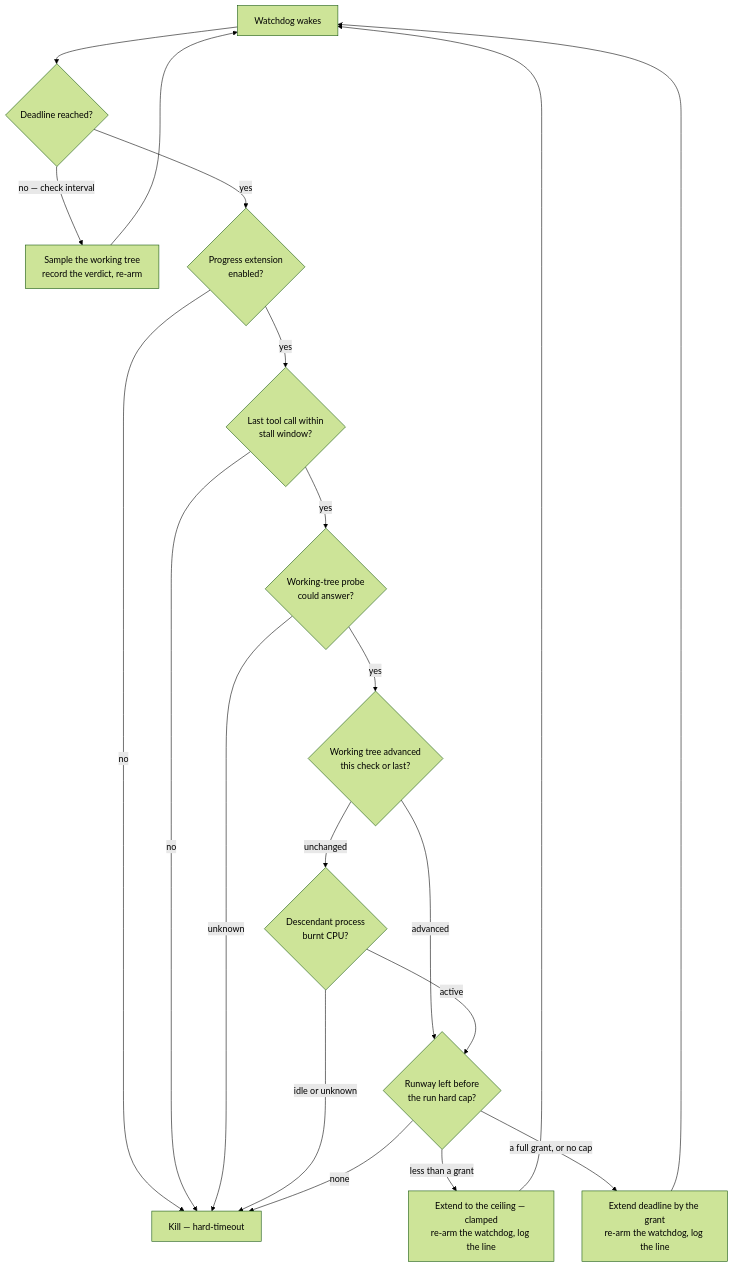
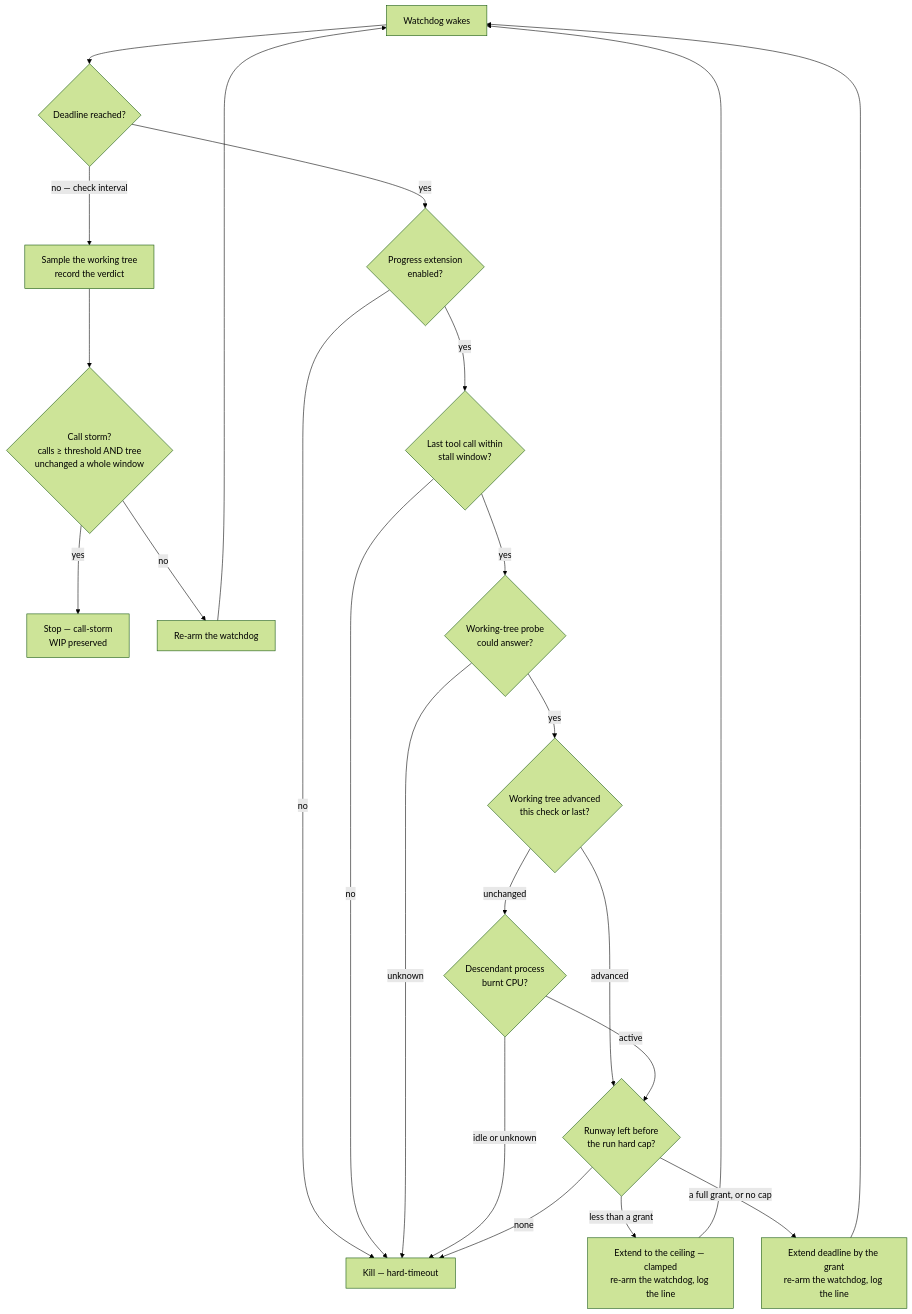
Diagram 13 of 22 in docs/CONFIGURATION.md (stSoftwareAU/VibeCoder), drawn with Mermaid (forest theme) before and after one commit. The commit also changed other lines of this file and 14 other files, not shown here.

First line of the commit message:
Stop a call storm that advances nothing (#2230)

````diff
--- a/docs/CONFIGURATION.md
+++ b/docs/CONFIGURATION.md
@@ -2315,22 +2318,25 @@
 ```mermaid
 flowchart TD
     W[Watchdog wakes] --> I{Deadline reached?}
-    I -->|no — check interval| S[Sample the working tree<br/>record the verdict, re-arm]
-    S --> W
+    I -->|no — check interval| S[Sample the working tree<br/>record the verdict]
+    S --> P{Call storm?<br/>calls ≥ threshold AND tree<br/>unchanged a whole window}
+    P -->|yes| KS[Stop — call-storm<br/>WIP preserved]
+    P -->|no| RA[Re-arm the watchdog]
+    RA --> W
     I -->|yes| B{Progress extension<br/>enabled?}
     B -->|no| K[Kill — hard-timeout]
     B -->|yes| C{Last tool call within<br/>stall window?}
     C -->|no| K
     C -->|yes| U{Working-tree probe<br/>could answer?}
     U -->|unknown| K
     U -->|yes| D{Working tree advanced<br/>this check or last?}
     D -->|advanced| F{Runway left before<br/>the run hard cap?}
     D -->|unchanged| X{Descendant process<br/>burnt CPU?}
     X -->|idle or unknown| K
     X -->|active| F
     F -->|none| K
     F -->|less than a grant| G[Extend to the ceiling — clamped<br/>re-arm the watchdog, log the line]
     F -->|a full grant, or no cap| E[Extend deadline by the grant<br/>re-arm the watchdog, log the line]
     E --> W
     G --> W
 ```
````
